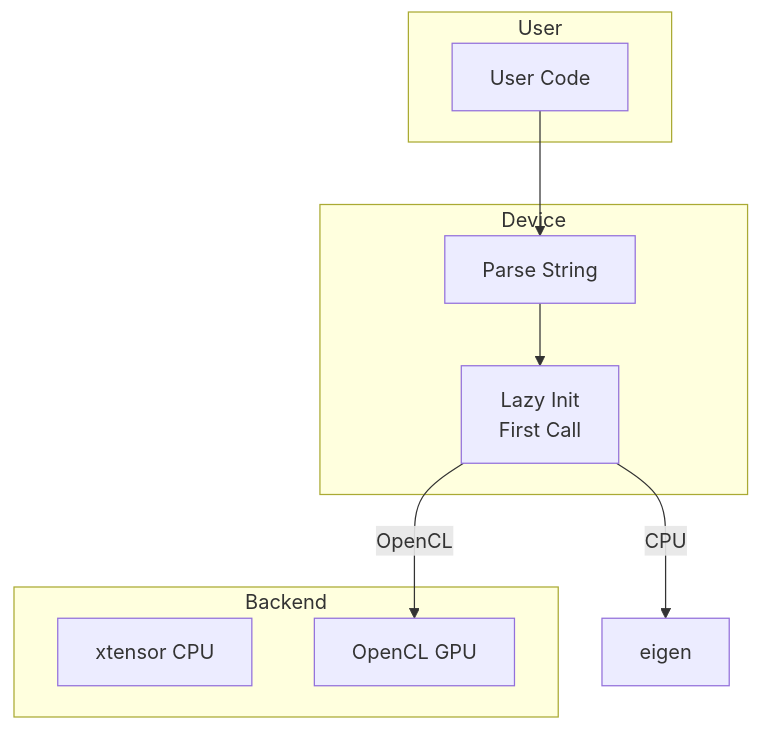
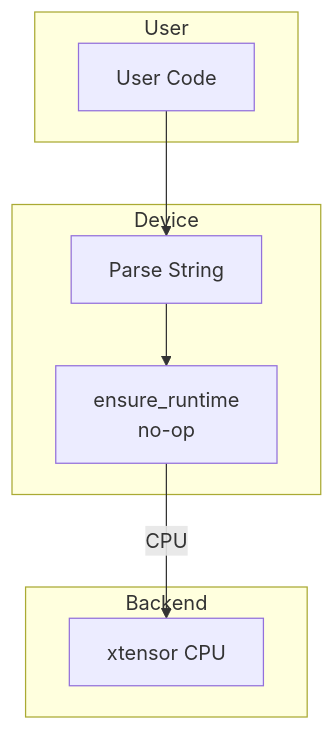
The diagram in software/nn/.wiki/Core/Device.md (ensismoebius/doutorado), drawn with Mermaid before and after one commit. The commit also changed other lines of this file and 178 other files, not shown here.

````diff
--- a/software/nn/.wiki/Core/Device.md
+++ b/software/nn/.wiki/Core/Device.md
@@ -87,21 +79,19 @@
 ```mermaid
 flowchart TB
     subgraph User
         code[User Code]
     end
 
     subgraph Device
         parse[Parse String]
-        init[Lazy Init<br/>First Call]
+        init[ensure_runtime<br/>no-op]
     end
 
     subgraph Backend
         xtensor[xtensor CPU]
-        opencl[OpenCL GPU]
     end
 
     code --> parse
     parse --> init
-    init -->|CPU| eigen
-    init -->|OpenCL| opencl
+    init -->|CPU| xtensor
 ```
````
